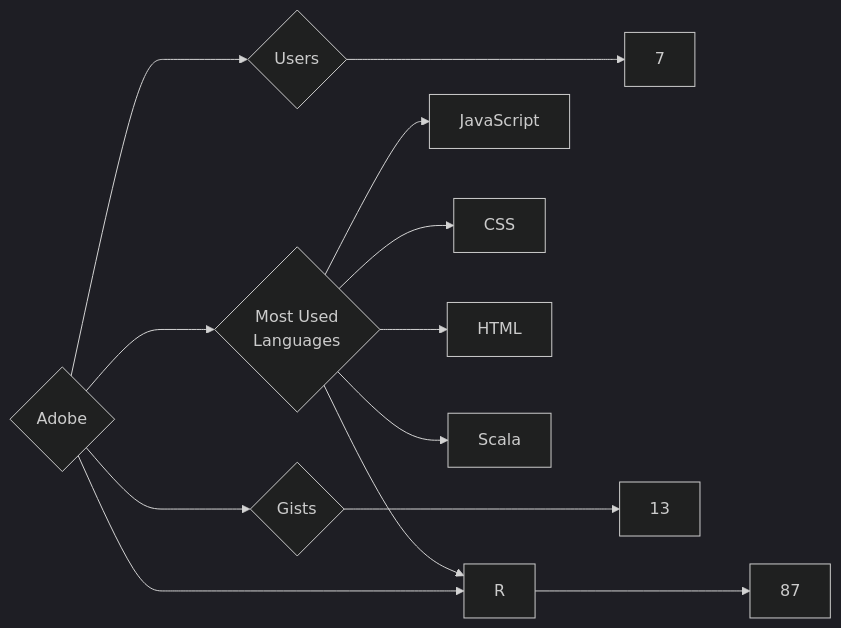
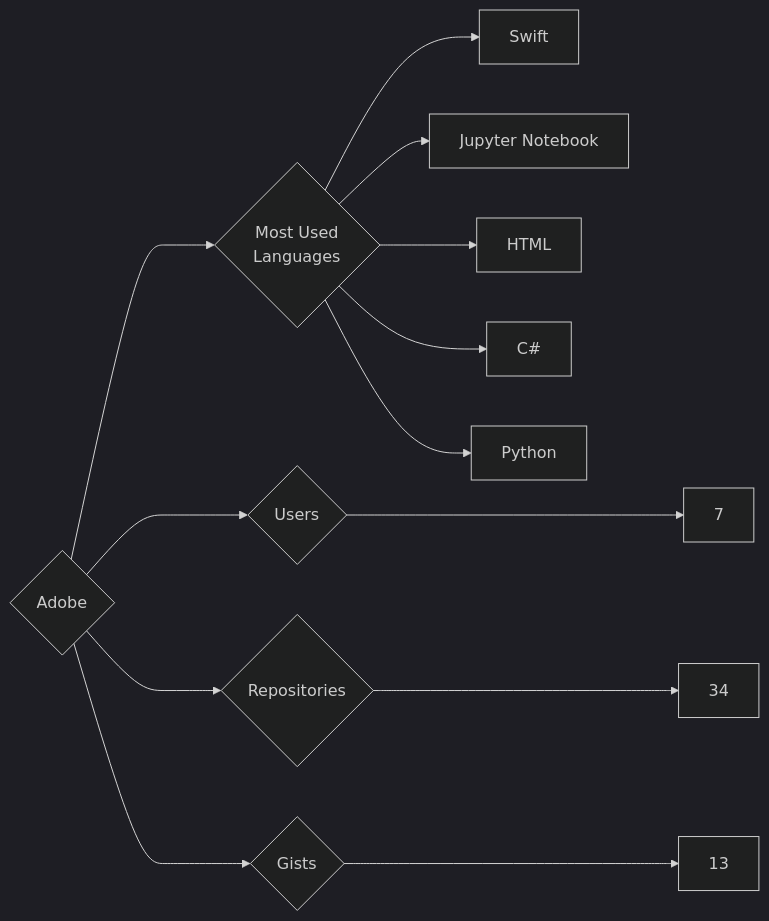
Before and after one commit to trickest/insiders: the diagram in targets/Adobe/README.md, drawn with Mermaid (dark theme). The commit also changed 857 other files, not shown here.

````diff
--- a/targets/Adobe/README.md
+++ b/targets/Adobe/README.md
@@ -3,13 +3,13 @@
 ```mermaid
 graph LR
 COMPANY_NAME{Adobe}
 COMPANY_NAME ---> U{Users} ---> UN[7]
-COMPANY_NAME ---> R{Repositories} ---> RN[87]
+COMPANY_NAME ---> R{Repositories} ---> RN[34]
 COMPANY_NAME ---> G{Gists} ---> GN[13]
 COMPANY_NAME ---> ML{Most Used<br>Languages}
-ML --> JavaScript[JavaScript]
-ML --> CSS[CSS]
+ML --> Swift[Swift]
+ML --> Jupyter_Notebook[Jupyter Notebook]
 ML --> HTML[HTML]
-ML --> Scala[Scala]
-ML --> R[R]
+ML --> C#[C#]
+ML --> Python[Python]
 ```
````
